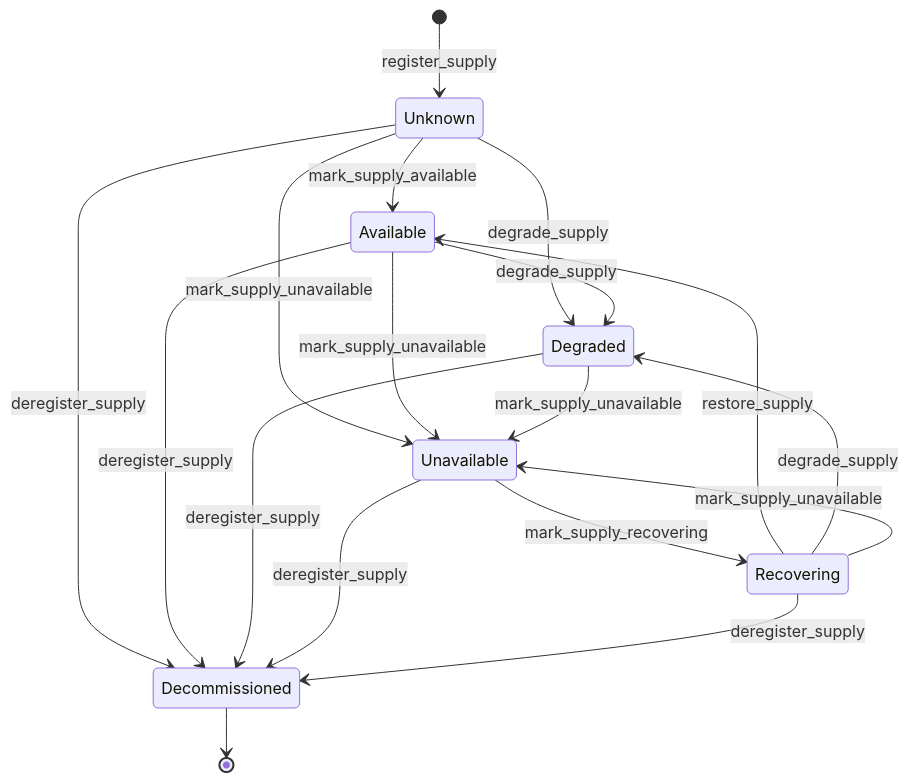
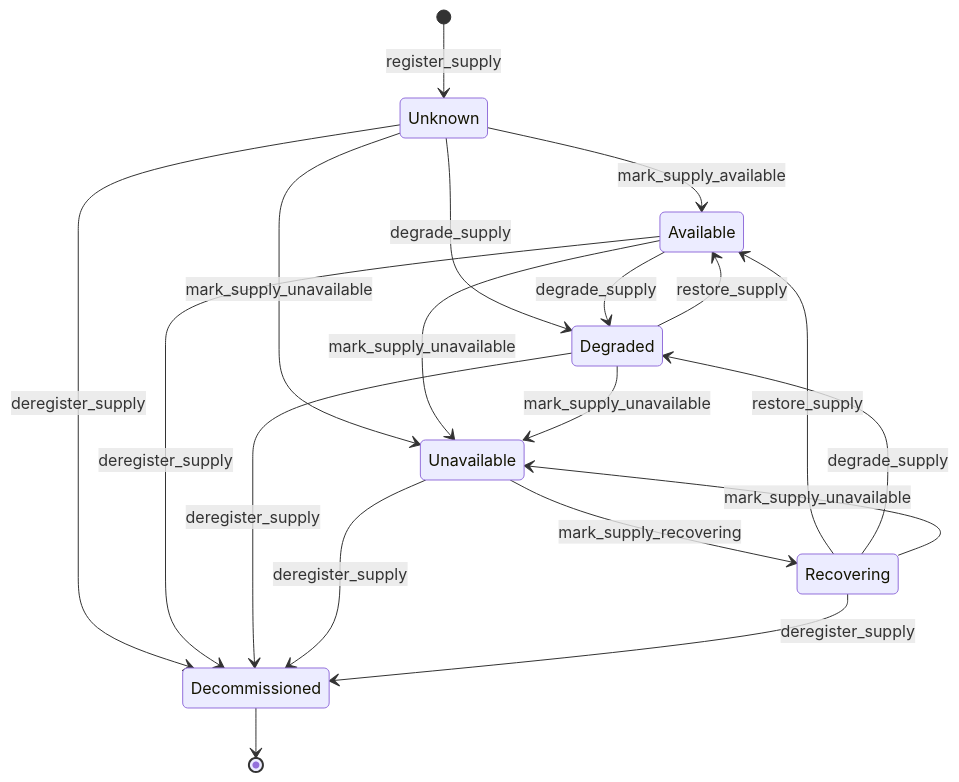
One commit to xmap/cora changed the diagram in docs/architecture/modules/supply/index.md. Above: the diagram before and after it, drawn with Mermaid. The commit also changed other lines of this file and 6 other files, not shown here.

````diff
--- a/docs/architecture/modules/supply/index.md
+++ b/docs/architecture/modules/supply/index.md
@@ -42,20 +42,21 @@
 ```mermaid
 stateDiagram-v2
     [*] --> Unknown: register_supply
     Unknown --> Available: mark_supply_available
     Unknown --> Degraded: degrade_supply
     Unknown --> Unavailable: mark_supply_unavailable
     Available --> Degraded: degrade_supply
     Available --> Unavailable: mark_supply_unavailable
+    Degraded --> Available: restore_supply
     Degraded --> Unavailable: mark_supply_unavailable
     Unavailable --> Recovering: mark_supply_recovering
     Recovering --> Available: restore_supply
     Recovering --> Degraded: degrade_supply
     Recovering --> Unavailable: mark_supply_unavailable
     Unknown --> Decommissioned: deregister_supply
     Available --> Decommissioned: deregister_supply
     Degraded --> Decommissioned: deregister_supply
     Unavailable --> Decommissioned: deregister_supply
     Recovering --> Decommissioned: deregister_supply
     Decommissioned --> [*]
 ```
````
